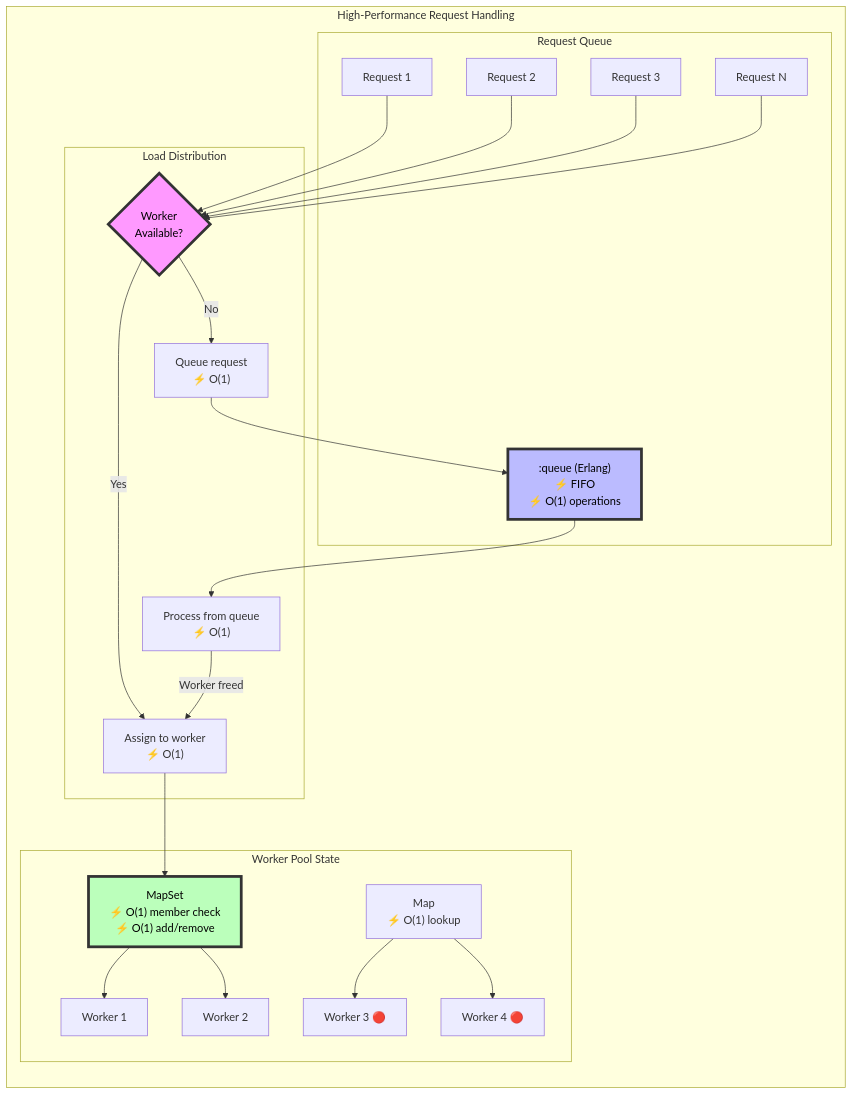
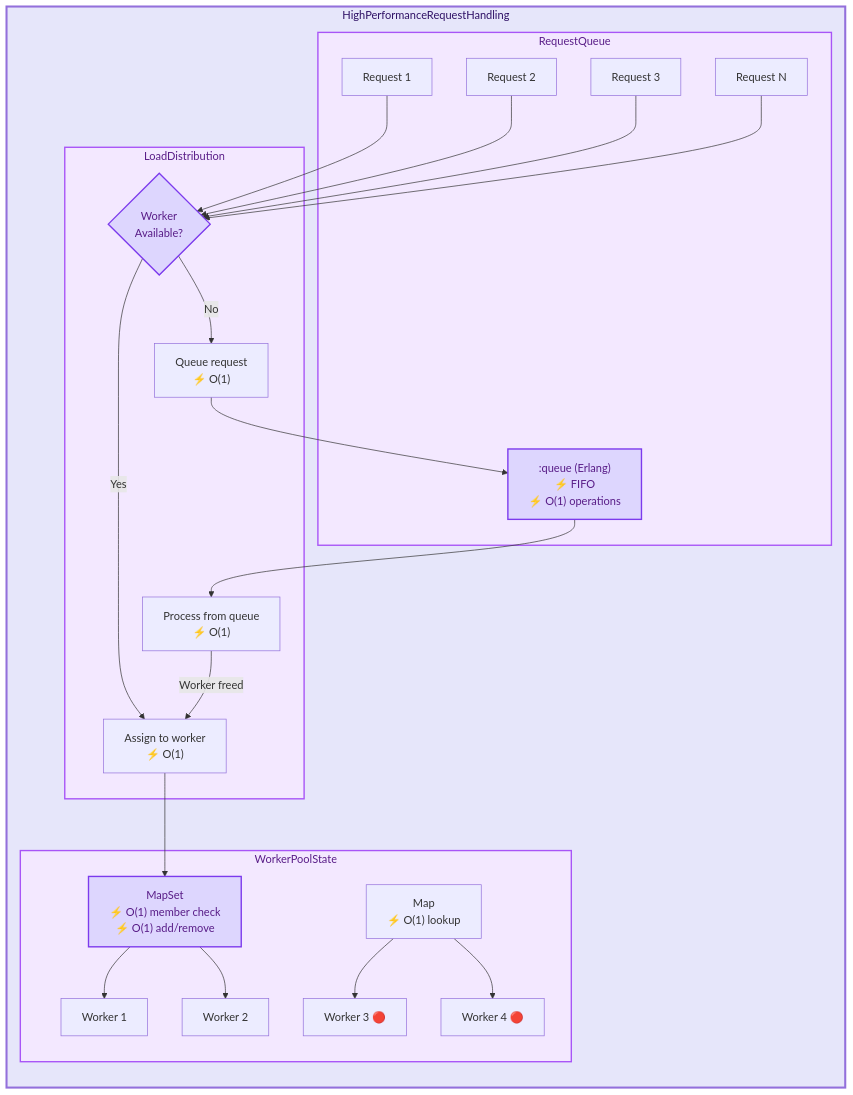
One commit to nshkrdotcom/snakepit changed the sixth of 7 diagrams in DIAGS.md. Above: the diagram before and after it, drawn with Mermaid. The commit also changed other lines of this file, not shown here.

````diff
--- a/DIAGS.md
+++ b/DIAGS.md
@@ -237,53 +259,61 @@
 ```mermaid
 graph LR
-    subgraph "High-Performance Request Handling"
-        subgraph "Request Queue"
+    HighPerformanceRequestHandling["High Performance Request Handling"]
+    subgraph HighPerformanceRequestHandling
+        RequestQueue["Request Queue"]
+        subgraph RequestQueue
             Q[":queue (Erlang)<br/>⚡ FIFO<br/>⚡ O(1) operations"]
             R1["Request 1"]
             R2["Request 2"]
             R3["Request 3"]
             RN["Request N"]
         end
         
-        subgraph "Worker Pool State"
+        WorkerPoolState["Worker Pool State"]
+        subgraph WorkerPoolState
             Available["MapSet<br/>⚡ O(1) member check<br/>⚡ O(1) add/remove"]
             Busy["Map<br/>⚡ O(1) lookup"]
             
             AW1["Worker 1"]
             AW2["Worker 2"]
             BW3["Worker 3 🔴"]
             BW4["Worker 4 🔴"]
         end
         
-        subgraph "Load Distribution"
+        LoadDistribution["Load Distribution"]
+        subgraph LoadDistribution
             Check{"Worker<br/>Available?"}
             Assign["Assign to worker<br/>⚡ O(1)"]
             Queue["Queue request<br/>⚡ O(1)"]
             Dequeue["Process from queue<br/>⚡ O(1)"]
         end
     end
     
     R1 --> Check
     R2 --> Check
     R3 --> Check
     RN --> Check
     
     Check -->|Yes| Assign
     Check -->|No| Queue
     
     Queue --> Q
     Q --> Dequeue
     
     Assign --> Available
     Available --> AW1
     Available --> AW2
     
     Busy --> BW3
     Busy --> BW4
     
     Dequeue -->|Worker freed| Assign
     
-    style Q fill:#bbf,stroke:#333,stroke-width:4px,color:#000
-    style Available fill:#bfb,stroke:#333,stroke-width:4px,color:#000
-    style Check fill:#f9f,stroke:#333,stroke-width:4px,color:#000
+    style HighPerformanceRequestHandling fill:#e6e6fa,stroke:#9370db,stroke-width:3px,color:#2e1065
+    style RequestQueue fill:#f3e8ff,stroke:#a855f7,stroke-width:2px,color:#581c87
+    style WorkerPoolState fill:#f3e8ff,stroke:#a855f7,stroke-width:2px,color:#581c87
+    style LoadDistribution fill:#f3e8ff,stroke:#a855f7,stroke-width:2px,color:#581c87
+    style Q fill:#ddd6fe,stroke:#7c3aed,stroke-width:2px,color:#581c87
+    style Available fill:#ddd6fe,stroke:#7c3aed,stroke-width:2px,color:#581c87
+    style Check fill:#ddd6fe,stroke:#7c3aed,stroke-width:2px,color:#581c87
 ```
````
